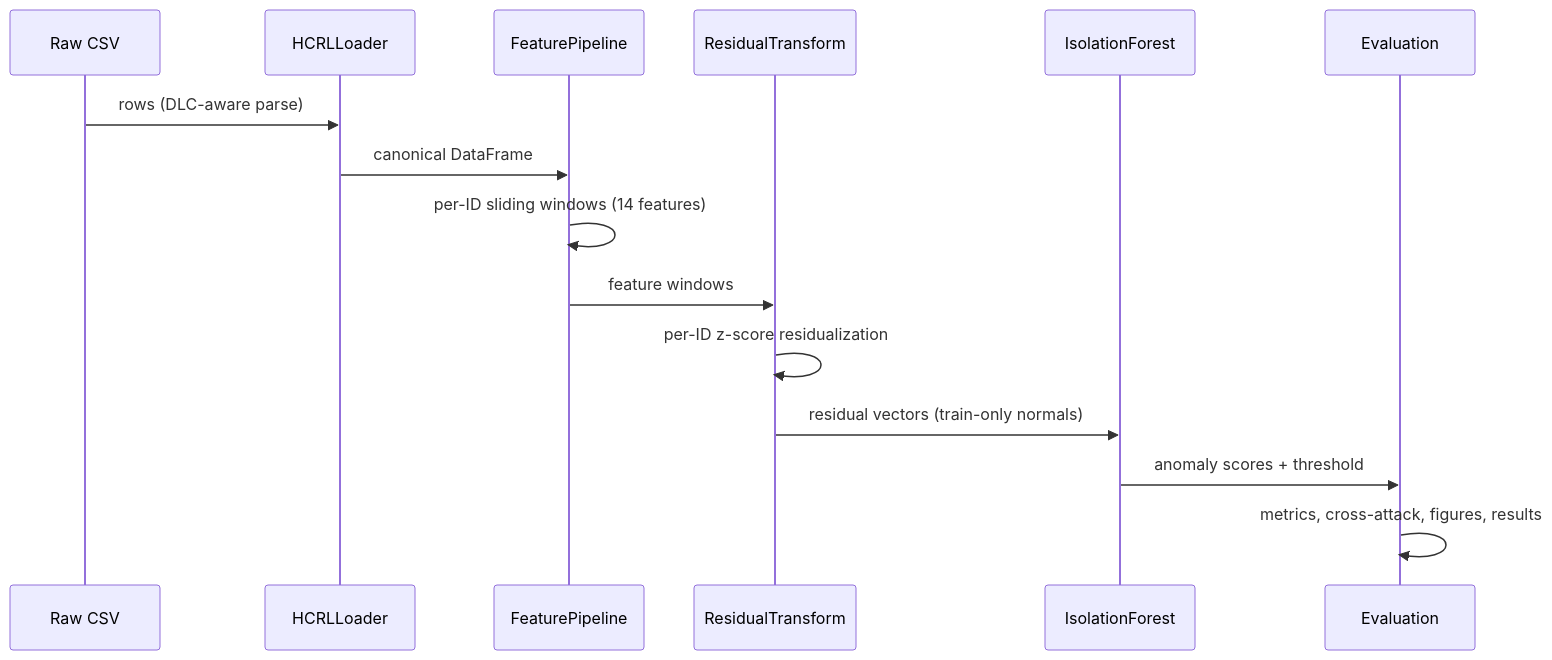
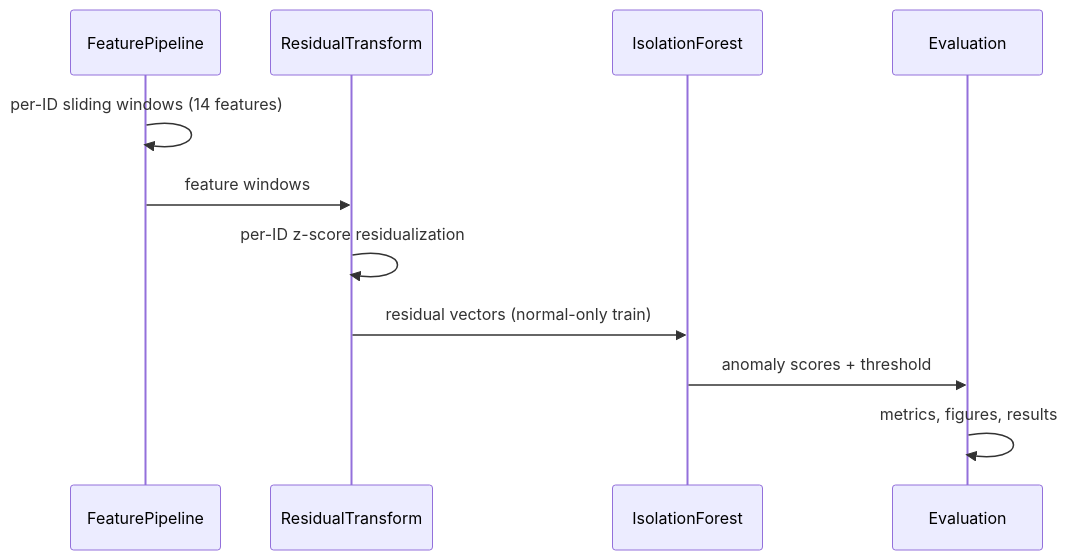
One commit to ChandanHegde07/CANguard changed the second of 2 diagrams in README.md. Above: the diagram before and after it, drawn with Mermaid. The commit also changed other lines of this file and 10 other files, not shown here.

````diff
--- a/README.md
+++ b/README.md
@@ -38,18 +48,14 @@
 ```mermaid
 sequenceDiagram
-    participant CSV as Raw CSV
-    participant L as HCRLLoader
     participant F as FeaturePipeline
     participant R as ResidualTransform
     participant D as IsolationForest
     participant E as Evaluation
 
-    CSV->>L: rows (DLC-aware parse)
-    L->>F: canonical DataFrame
     F->>F: per-ID sliding windows (14 features)
     F->>R: feature windows
     R->>R: per-ID z-score residualization
-    R->>D: residual vectors (train-only normals)
+    R->>D: residual vectors (normal-only train)
     D->>E: anomaly scores + threshold
-    E->>E: metrics, cross-attack, figures, results
+    E->>E: metrics, figures, results
 ```
````
